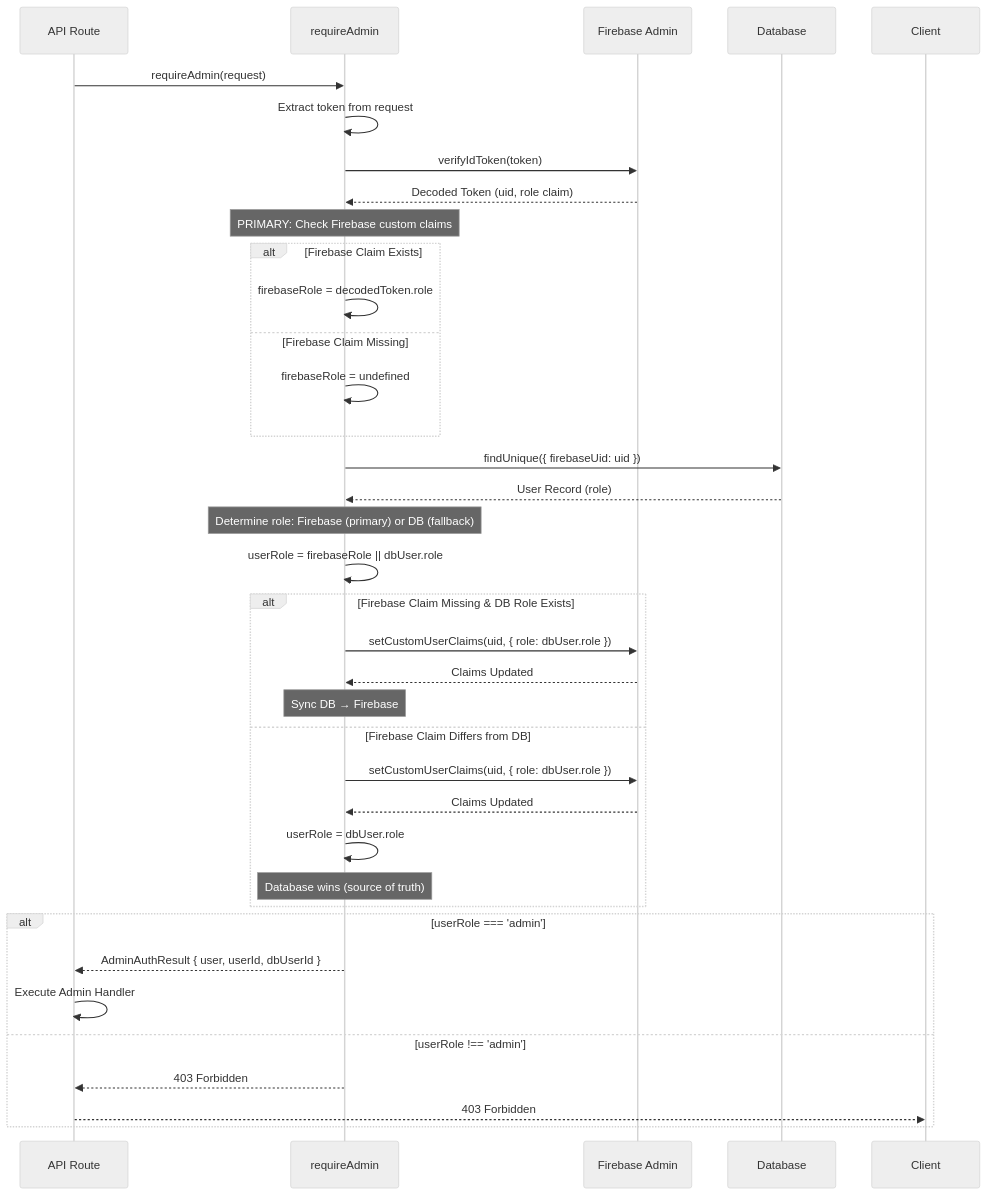
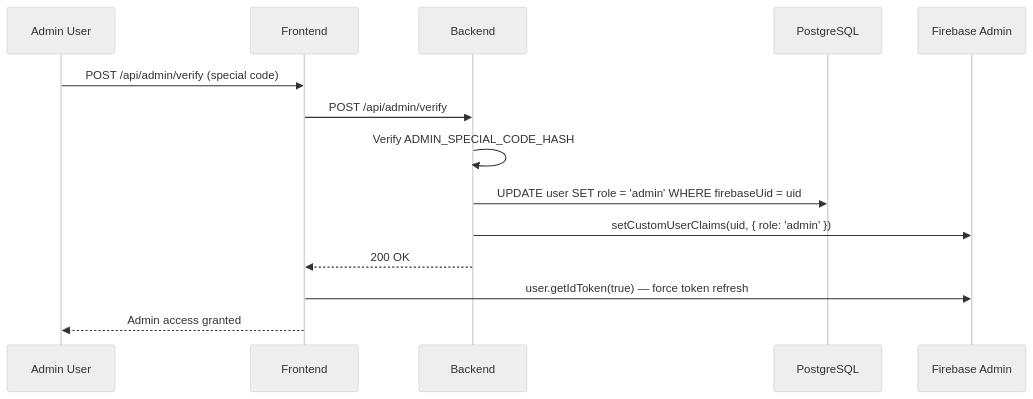
The second of 5 diagrams in docs/architecture/core/authentication.md (KennethAtchon/ContentAI), drawn with Mermaid (neutral theme) before and after one commit. The commit also changed other lines of this file and 12 other files, not shown here.

First line of the commit message:
docs: Update architecture documentation to reflect ReelStudio's current tech stack and implementation

````diff
--- a/docs/architecture/core/authentication.md
+++ b/docs/architecture/core/authentication.md
@@ -546,44 +241,17 @@
 ```mermaid
 sequenceDiagram
-    participant API Route
-    participant requireAdmin
+    participant Admin User
+    participant Frontend
+    participant Backend
+    participant PostgreSQL
     participant Firebase Admin
-    participant Database
 
-    API Route->>requireAdmin: requireAdmin(request)
-    requireAdmin->>requireAdmin: Extract token from request
-    requireAdmin->>Firebase Admin: verifyIdToken(token)
-    Firebase Admin-->>requireAdmin: Decoded Token (uid, role claim)
-    
-    Note over requireAdmin: PRIMARY: Check Firebase custom claims
-    alt Firebase Claim Exists
-        requireAdmin->>requireAdmin: firebaseRole = decodedToken.role
-    else Firebase Claim Missing
-        requireAdmin->>requireAdmin: firebaseRole = undefined
-    end
-    
-    requireAdmin->>Database: findUnique({ firebaseUid: uid })
-    Database-->>requireAdmin: User Record (role)
-    
-    Note over requireAdmin: Determine role: Firebase (primary) or DB (fallback)
-    requireAdmin->>requireAdmin: userRole = firebaseRole || dbUser.role
-    
-    alt Firebase Claim Missing & DB Role Exists
-        requireAdmin->>Firebase Admin: setCustomUserClaims(uid, { role: dbUser.role })
-        Firebase Admin-->>requireAdmin: Claims Updated
-        Note over requireAdmin: Sync DB → Firebase
-    else Firebase Claim Differs from DB
-        requireAdmin->>Firebase Admin: setCustomUserClaims(uid, { role: dbUser.role })
-        Firebase Admin-->>requireAdmin: Claims Updated
-        requireAdmin->>requireAdmin: userRole = dbUser.role
-        Note over requireAdmin: Database wins (source of truth)
-    end
-    
-    alt userRole === 'admin'
-        requireAdmin-->>API Route: AdminAuthResult { user, userId, dbUserId }
-        API Route->>API Route: Execute Admin Handler
-    else userRole !== 'admin'
-        requireAdmin-->>API Route: 403 Forbidden
-        API Route-->>Client: 403 Forbidden
-    end
+    Admin User->>Frontend: POST /api/admin/verify (special code)
+    Frontend->>Backend: POST /api/admin/verify
+    Backend->>Backend: Verify ADMIN_SPECIAL_CODE_HASH
+    Backend->>PostgreSQL: UPDATE user SET role = 'admin' WHERE firebaseUid = uid
+    Backend->>Firebase Admin: setCustomUserClaims(uid, { role: 'admin' })
+    Backend-->>Frontend: 200 OK
+    Frontend->>Firebase Admin: user.getIdToken(true) — force token refresh
+    Frontend-->>Admin User: Admin access granted
 ```
````
